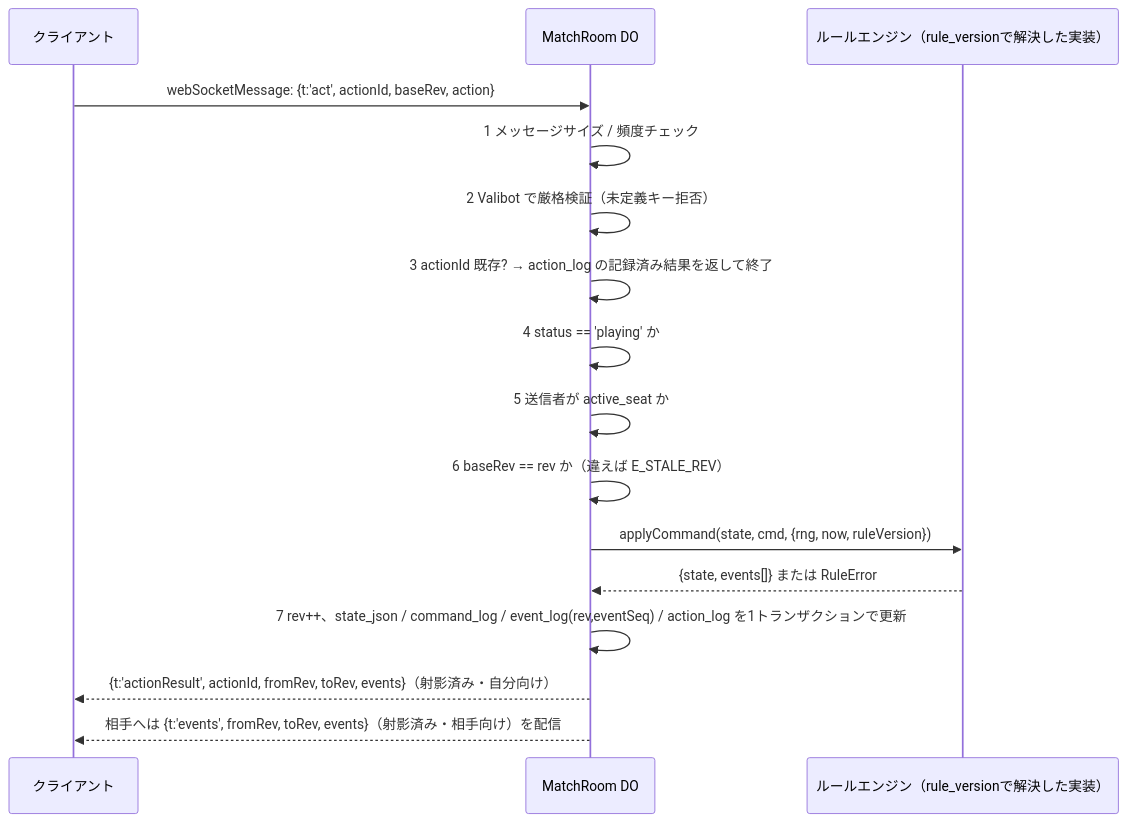
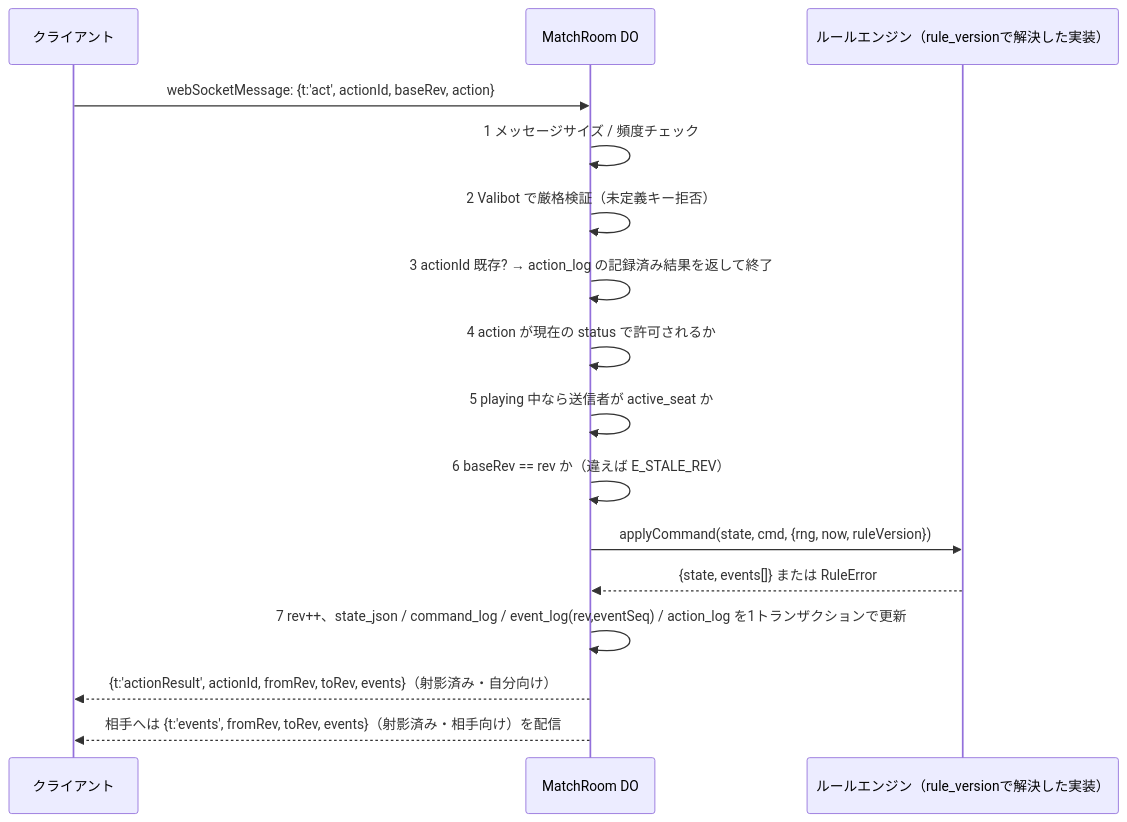
The first of 3 diagrams in doc/designs/07-durable-objects.md (ukihot/emerald-wani), drawn with Mermaid before and after one commit. The commit also changed other lines of this file and 38 other files, not shown here.

````diff
--- a/doc/designs/07-durable-objects.md
+++ b/doc/designs/07-durable-objects.md
@@ -133,19 +135,19 @@
 ```mermaid
 sequenceDiagram
     participant C as クライアント
     participant DO as MatchRoom DO
     participant E as ルールエンジン（rule_versionで解決した実装）
 
     C->>DO: webSocketMessage: {t:'act', actionId, baseRev, action}
     DO->>DO: 1 メッセージサイズ / 頻度チェック
     DO->>DO: 2 Valibot で厳格検証（未定義キー拒否）
     DO->>DO: 3 actionId 既存? → action_log の記録済み結果を返して終了
-    DO->>DO: 4 status == 'playing' か
-    DO->>DO: 5 送信者が active_seat か
+    DO->>DO: 4 action が現在の status で許可されるか
+    DO->>DO: 5 playing 中なら送信者が active_seat か
     DO->>DO: 6 baseRev == rev か（違えば E_STALE_REV）
     DO->>E: applyCommand(state, cmd, {rng, now, ruleVersion})
     E-->>DO: {state, events[]} または RuleError
     DO->>DO: 7 rev++、state_json / command_log / event_log(rev,eventSeq) / action_log を1トランザクションで更新
     DO-->>C: {t:'actionResult', actionId, fromRev, toRev, events}（射影済み・自分向け）
     DO-->>C: 相手へは {t:'events', fromRev, toRev, events}（射影済み・相手向け）を配信
 ```
````
